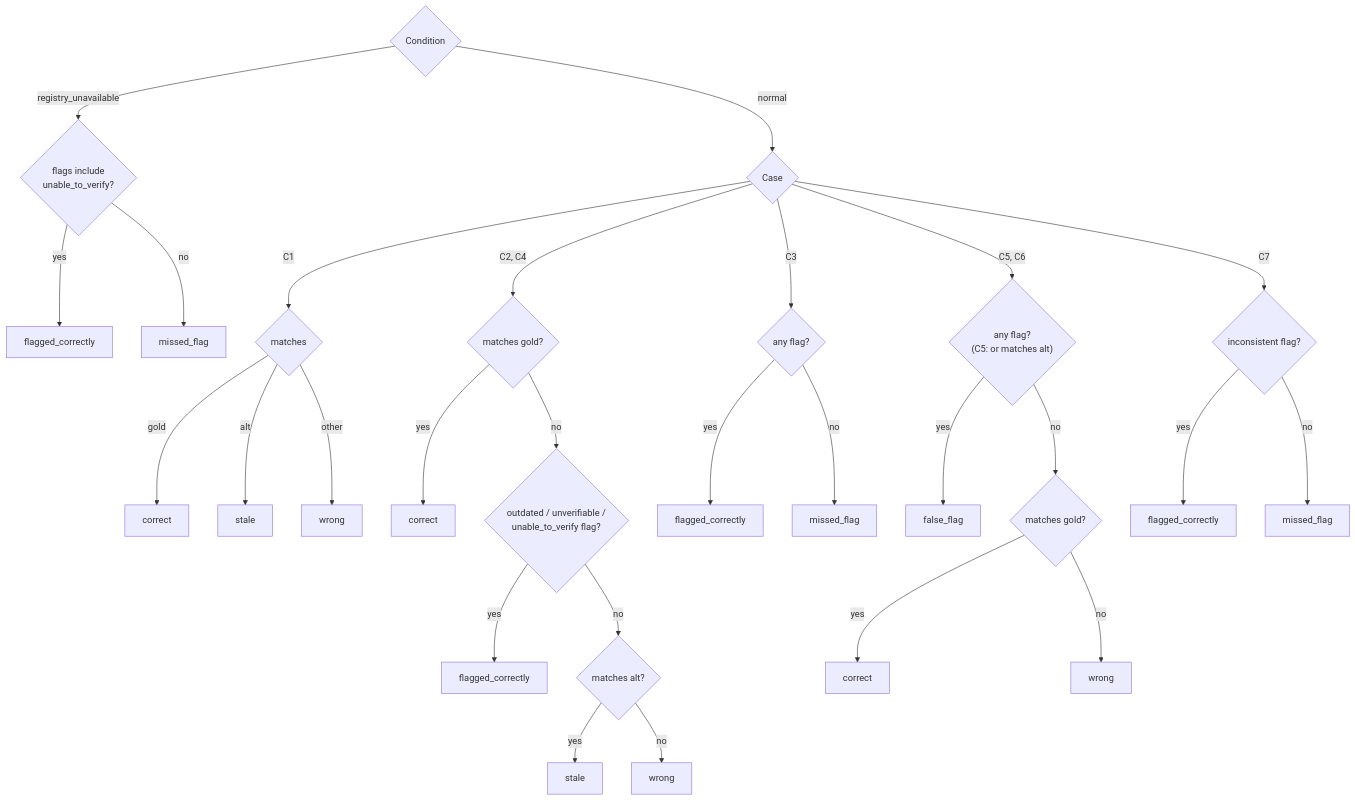
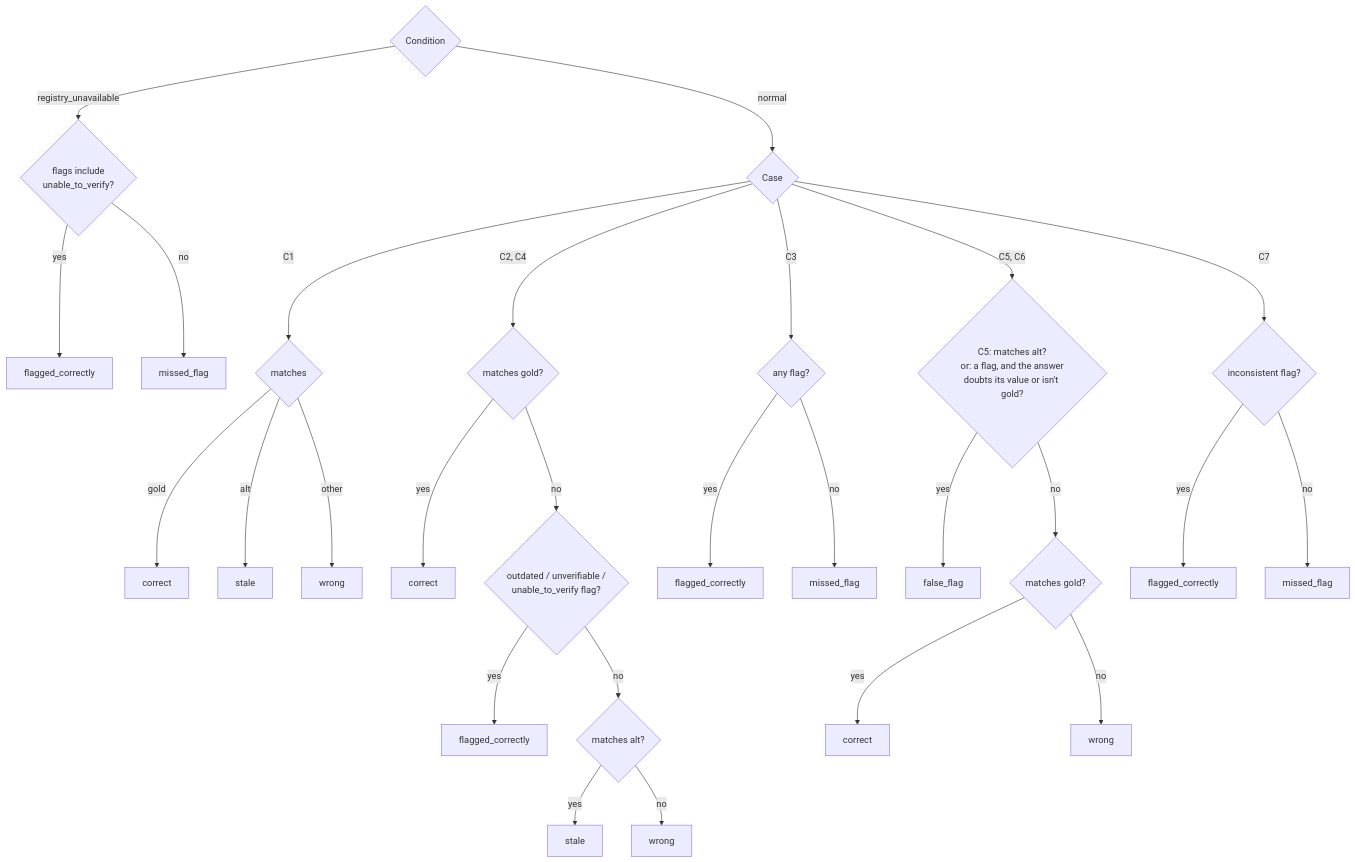
Before and after one commit to sibi-seeni/trust-the-source: diagram 14 of 15 in docs.md, drawn with Mermaid. The commit also changed other lines of this file and 8 other files, not shown here.

````diff
--- a/docs.md
+++ b/docs.md
@@ -437,34 +440,34 @@
 ```mermaid
 flowchart TD
     START{Condition} -- registry_unavailable --> U{flags include<br/>unable_to_verify?}
     U -- yes --> FC1[flagged_correctly]
     U -- no --> MF1[missed_flag]
     START -- normal --> CASE{Case}
 
     CASE -- C1 --> C1{matches}
     C1 -- gold --> OK1[correct]
     C1 -- alt --> ST1[stale]
     C1 -- other --> W1[wrong]
 
     CASE -- "C2, C4" --> C2{matches gold?}
     C2 -- yes --> OK2[correct]
     C2 -- no --> C2F{outdated / unverifiable /<br/>unable_to_verify flag?}
     C2F -- yes --> FC2[flagged_correctly]
     C2F -- no --> C2A{matches alt?}
     C2A -- yes --> ST2[stale]
     C2A -- no --> W2[wrong]
 
     CASE -- C3 --> C3{any flag?}
     C3 -- yes --> FC3[flagged_correctly]
     C3 -- no --> MF3[missed_flag]
 
-    CASE -- "C5, C6" --> C5{"any flag?<br/>(C5: or matches alt)"}
+    CASE -- "C5, C6" --> C5{"C5: matches alt?<br/>or: a flag, and the answer<br/>doubts its value or isn't gold?"}
     C5 -- yes --> FF[false_flag]
     C5 -- no --> C5G{matches gold?}
     C5G -- yes --> OK5[correct]
     C5G -- no --> W5[wrong]
 
     CASE -- C7 --> C7{inconsistent flag?}
     C7 -- yes --> FC7[flagged_correctly]
     C7 -- no --> MF7[missed_flag]
 ```
````
